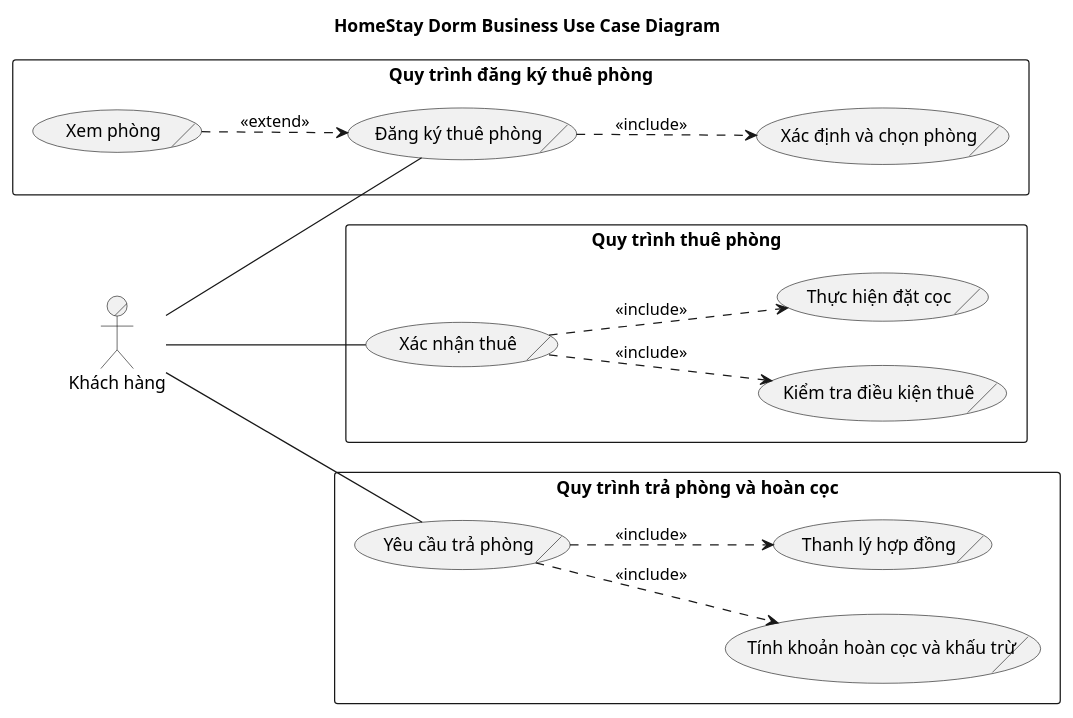
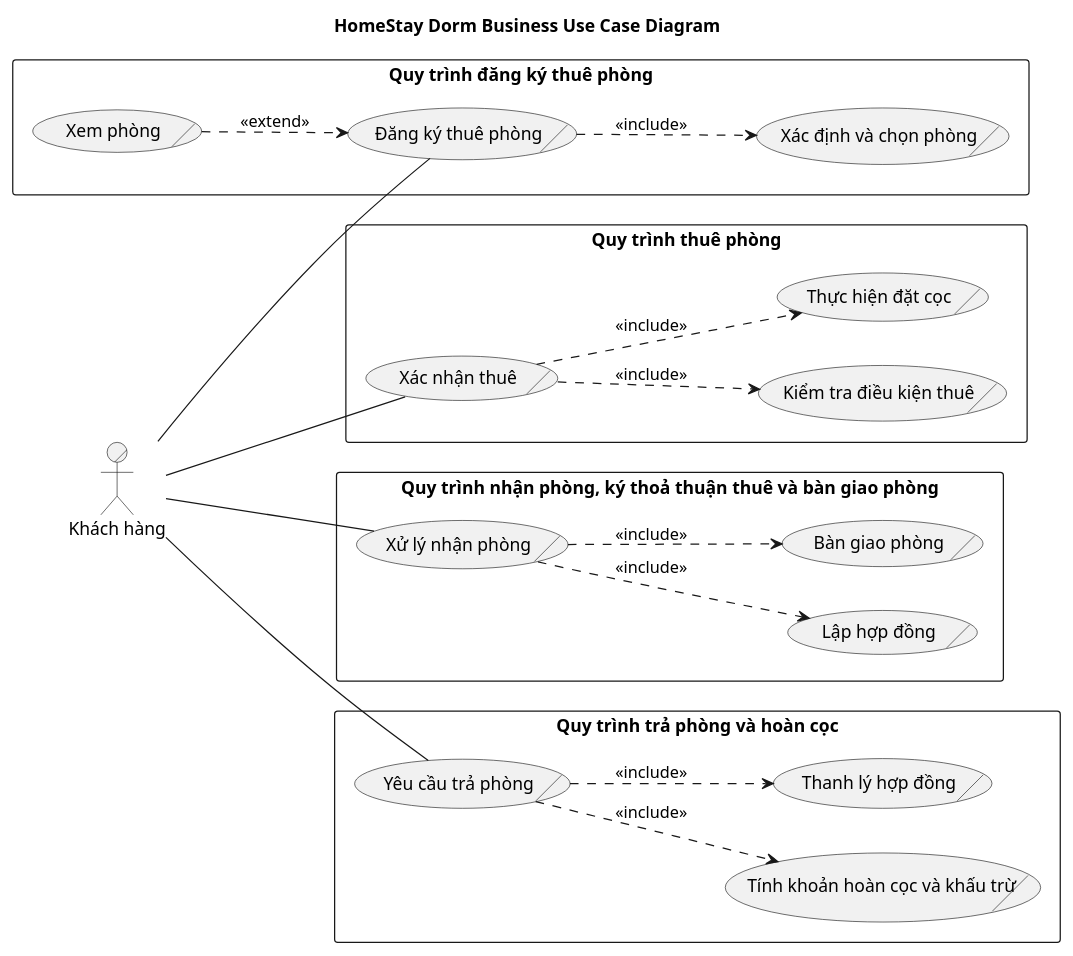
The diagram in doc/business/use-case/main_usecase_diagram.wsd (Gnourt812005/HCMUS-Analyze-and-desgin-IS), drawn with PlantUML before and after one commit.

Commit message:
use-case/An: xử lý nhận phòng, ký thoả thuận thuê và bàn giao phòng

```diff
--- a/doc/business/use-case/main_usecase_diagram.wsd
+++ b/doc/business/use-case/main_usecase_diagram.wsd
@@ -1,47 +1,58 @@
 @startuml HomeStay Dorm
 title HomeStay Dorm Business Use Case Diagram
 skinparam packageStyle rectangle
 
 ' Direction
 left to right direction
 
 ' Define B.Actors
 actor/ "Khách hàng" as customer
 
 
 rectangle "Quy trình đăng ký thuê phòng" {
 	usecase/ "Đăng ký thuê phòng" as UC_DangKyThuePhong
 	usecase/ "Xác định và chọn phòng" as UC_XacDinhVaChonPhong
 	usecase/ "Xem phòng" as UC_XemPhong
 
 	' Use Case Relationships
 	UC_DangKyThuePhong ..> UC_XacDinhVaChonPhong : <<include>>
 	UC_XemPhong ..> UC_DangKyThuePhong : <<extend>>
 }
 
 rectangle "Quy trình thuê phòng" {
 	usecase/ "Xác nhận thuê" as UC_XacNhanThue
 	usecase/ "Kiểm tra điều kiện thuê" as UC_KiemTraDieuKienThue
 	usecase/ "Thực hiện đặt cọc" as UC_ThucHienDatCoc
 
 	' Use Case Relationships
 	UC_XacNhanThue ..> UC_KiemTraDieuKienThue : <<include>>
 	UC_XacNhanThue ..> UC_ThucHienDatCoc : <<include>>
 }
 
+rectangle "Quy trình nhận phòng, ký thoả thuận thuê và bàn giao phòng" {
+	usecase/ "Xử lý nhận phòng" as UC_XuLyNhanPhong
+	usecase/ "Lập hợp đồng" as UC_KyHopDong
+	usecase/ "Bàn giao phòng" as UC_BanGiaoPhong
+
+	' Use Case Relationships
+	UC_XuLyNhanPhong ..> UC_KyHopDong : <<include>>
+	UC_XuLyNhanPhong ..> UC_BanGiaoPhong : <<include>>
+}
+
 rectangle "Quy trình trả phòng và hoàn cọc" {
 	usecase/ "Yêu cầu trả phòng" as UC_YeuCauTraPhong
 	usecase/ "Tính khoản hoàn cọc và khấu trừ" as UC_TinhHoanCocKhauTru
 	usecase/ "Thanh lý hợp đồng" as UC_ThanhLyHopDong
 
 	' Use Case Relationships
 	UC_YeuCauTraPhong ..> UC_TinhHoanCocKhauTru : <<include>>
 	UC_YeuCauTraPhong ..> UC_ThanhLyHopDong : <<include>>
 }
 
 ' Actor - Main Use Cases Associations
 customer -- UC_DangKyThuePhong
 customer -- UC_XacNhanThue
+customer -- UC_XuLyNhanPhong
 customer -- UC_YeuCauTraPhong
 
 @enduml
```
